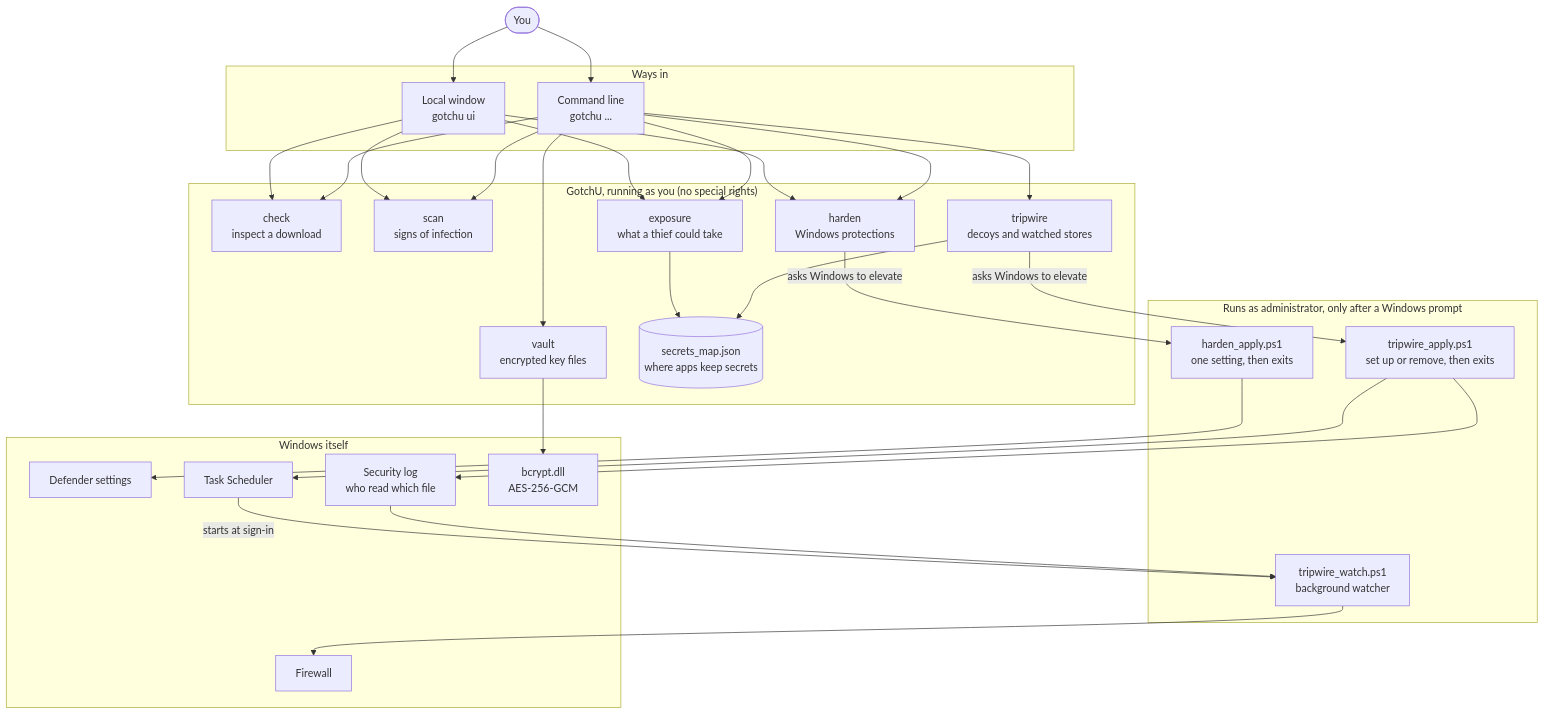
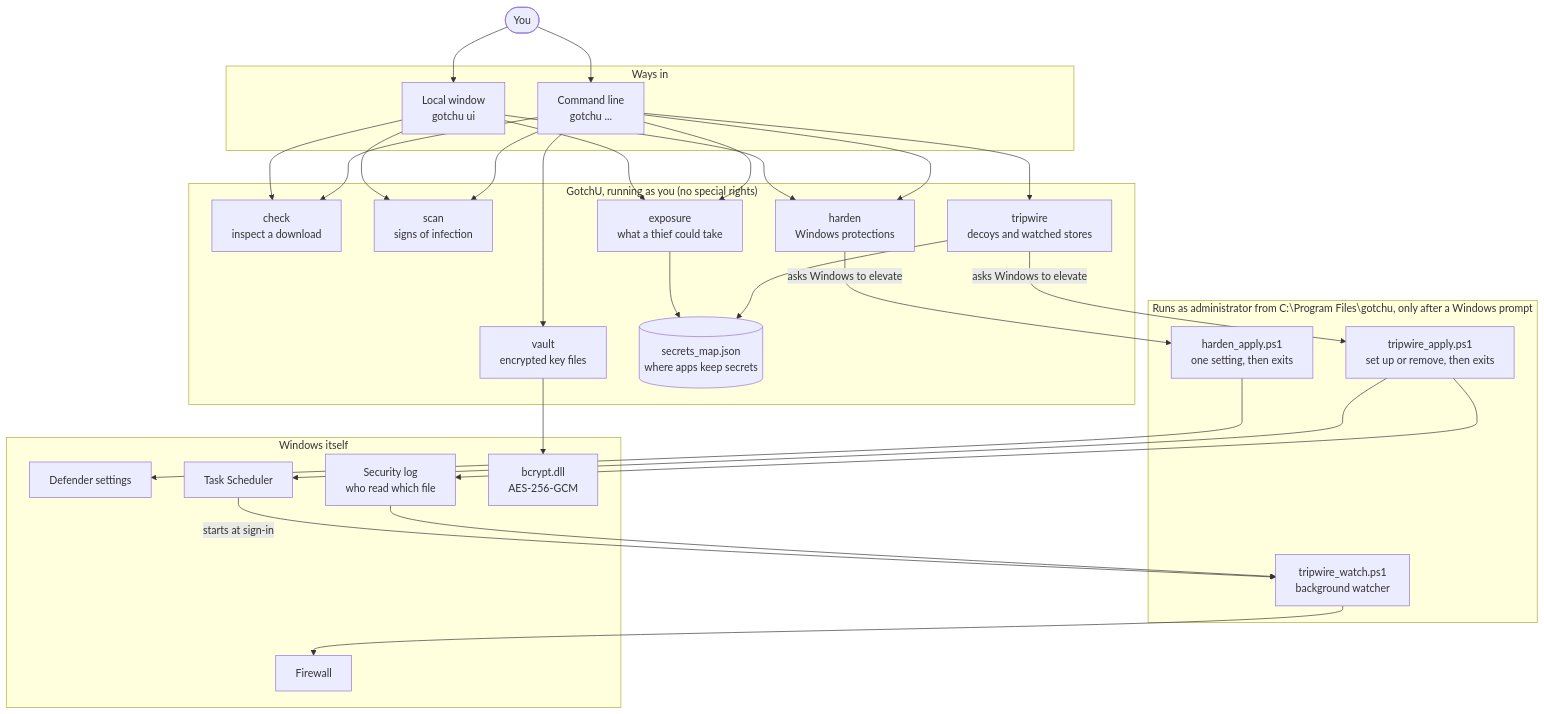
The first of 7 diagrams in docs/ARCHITECTURE.md (AnshMittal08/GotchU), drawn with Mermaid before and after one commit. The commit also changed other lines of this file and 5 other files, not shown here.

````diff
--- a/docs/ARCHITECTURE.md
+++ b/docs/ARCHITECTURE.md
@@ -8,47 +8,47 @@
 ```mermaid
 flowchart TB
     user(["You"])
 
     subgraph entry["Ways in"]
         cli["Command line<br/>gotchu ..."]
         ui["Local window<br/>gotchu ui"]
     end
 
     subgraph core["GotchU, running as you (no special rights)"]
         check["check<br/>inspect a download"]
         scan["scan<br/>signs of infection"]
         exposure["exposure<br/>what a thief could take"]
         harden["harden<br/>Windows protections"]
         tripwire["tripwire<br/>decoys and watched stores"]
         vault["vault<br/>encrypted key files"]
         map[("secrets_map.json<br/>where apps keep secrets")]
     end
 
-    subgraph elevated["Runs as administrator, only after a Windows prompt"]
+    subgraph elevated["Runs as administrator from C:\Program Files\gotchu, only after a Windows prompt"]
         happly["harden_apply.ps1<br/>one setting, then exits"]
         tapply["tripwire_apply.ps1<br/>set up or remove, then exits"]
         watcher["tripwire_watch.ps1<br/>background watcher"]
     end
 
     subgraph windows["Windows itself"]
         defender["Defender settings"]
         seclog["Security log<br/>who read which file"]
         tasks["Task Scheduler"]
         firewall["Firewall"]
         crypto["bcrypt.dll<br/>AES-256-GCM"]
     end
 
     user --> cli
     user --> ui
     ui --> check & scan & exposure & harden
     cli --> check & scan & exposure & harden & tripwire & vault
     exposure --> map
     tripwire --> map
     harden -- "asks Windows to elevate" --> happly --> defender
     tripwire -- "asks Windows to elevate" --> tapply
     tapply --> tasks & seclog
     tasks -- "starts at sign-in" --> watcher
     seclog --> watcher
     watcher --> firewall
     vault --> crypto
 ```
````
